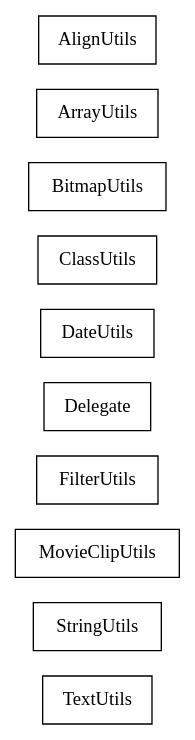
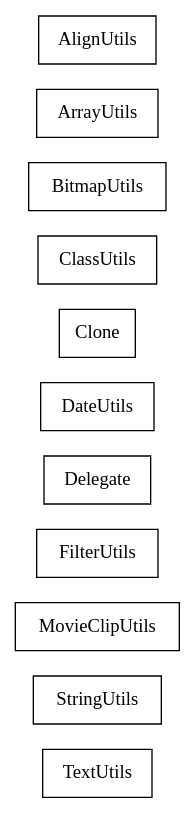
One commit to sekati/sasapi changed the diagram in docs/com/sekati/utils/classes.dot. Above: the diagram before and after it, drawn with Graphviz. The commit also changed 95 other files, not shown here.

```diff
--- a/docs/com/sekati/utils/classes.dot
+++ b/docs/com/sekati/utils/classes.dot
@@ -1,63 +1,69 @@
 strict digraph class_diagram {
   rankdir=LR;
   TypeTextUtils[
     label="TextUtils",
     URL="TextUtils.html",
     tooltip="com.sekati.utils.TextUtils",
     shape="record"
   ];
   TypeStringUtils[
     label="StringUtils",
     URL="StringUtils.html",
     tooltip="com.sekati.utils.StringUtils",
     shape="record"
   ];
   TypeMovieClipUtils[
     label="MovieClipUtils",
     URL="MovieClipUtils.html",
     tooltip="com.sekati.utils.MovieClipUtils",
     shape="record"
   ];
   TypeFilterUtils[
     label="FilterUtils",
     URL="FilterUtils.html",
     tooltip="com.sekati.utils.FilterUtils",
     shape="record"
   ];
   TypeDelegate[
     label="Delegate",
     URL="Delegate.html",
     tooltip="com.sekati.utils.Delegate",
     shape="record"
   ];
   TypeDateUtils[
     label="DateUtils",
     URL="DateUtils.html",
     tooltip="com.sekati.utils.DateUtils",
     shape="record"
   ];
+  TypeClone[
+    label="Clone",
+    URL="Clone.html",
+    tooltip="com.sekati.utils.Clone",
+    shape="record"
+  ];
   TypeClassUtils[
     label="ClassUtils",
     URL="ClassUtils.html",
     tooltip="com.sekati.utils.ClassUtils",
     shape="record"
   ];
   TypeBitmapUtils[
     label="BitmapUtils",
     URL="BitmapUtils.html",
     tooltip="com.sekati.utils.BitmapUtils",
     shape="record"
   ];
   TypeArrayUtils[
     label="ArrayUtils",
     URL="ArrayUtils.html",
     tooltip="com.sekati.utils.ArrayUtils",
     shape="record"
   ];
   TypeAlignUtils[
     label="AlignUtils",
     URL="AlignUtils.html",
     tooltip="com.sekati.utils.AlignUtils",
     shape="record"
   ];
 }
```
